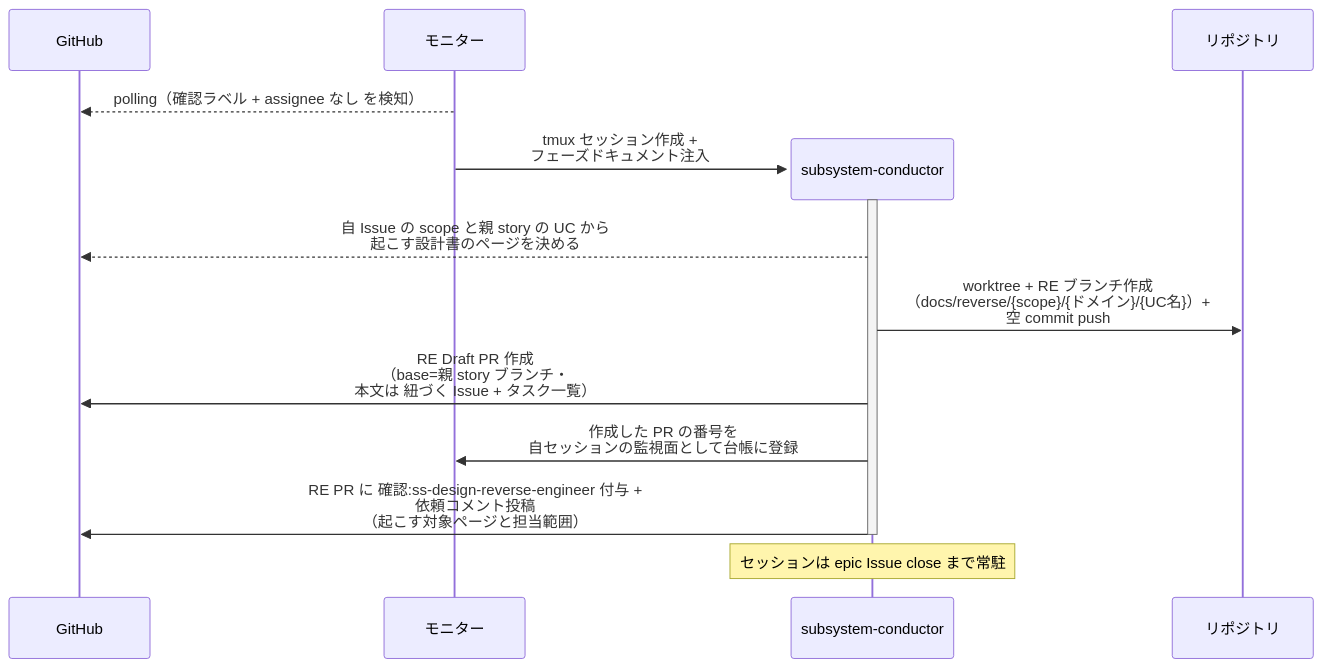
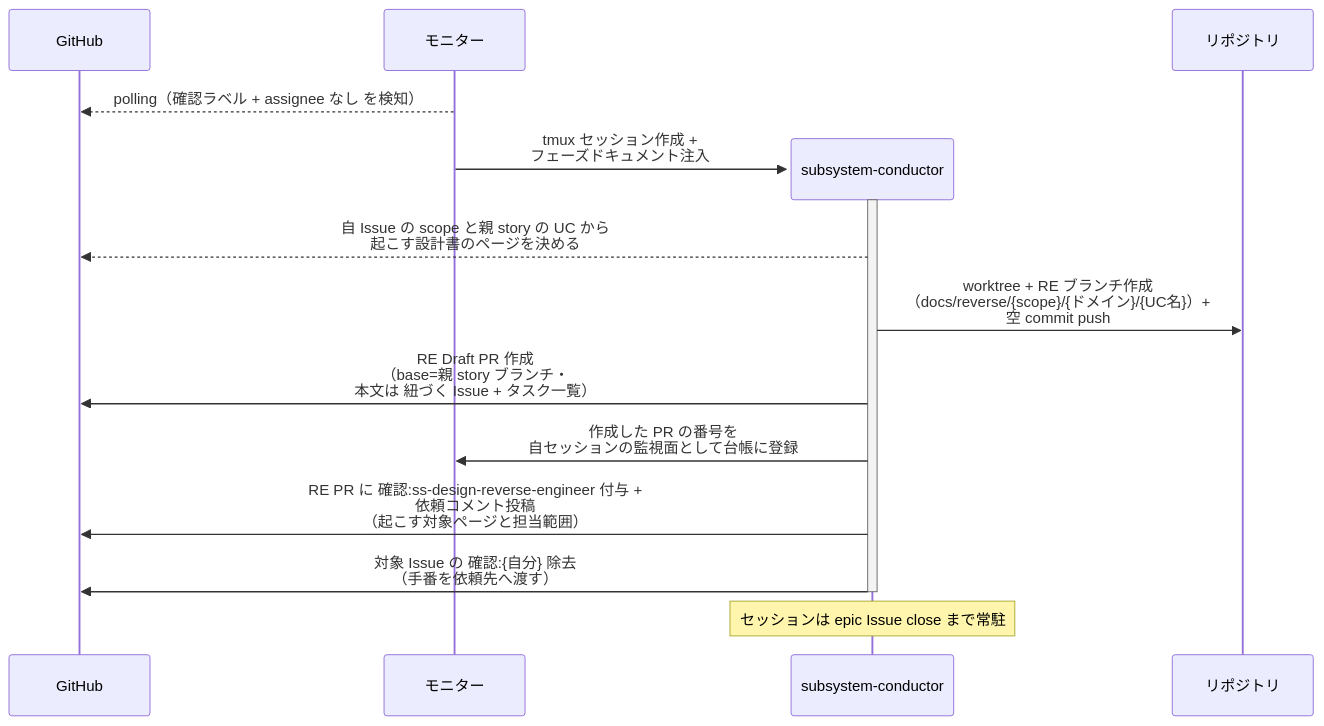
Before and after one commit to shuhei1101/ai-monitor: the first of 3 diagrams in docs/wiki/設計図/シナリオ/単一ユースケース/リバースエンジニアリング起動.md, drawn with Mermaid. The commit also changed other lines of this file and 77 other files, not shown here.

````diff
--- a/docs/wiki/設計図/シナリオ/単一ユースケース/リバースエンジニアリング起動.md
+++ b/docs/wiki/設計図/シナリオ/単一ユースケース/リバースエンジニアリング起動.md
@@ -38,18 +38,19 @@
 ```mermaid
 sequenceDiagram
   participant GH as GitHub
   participant ORC as モニター
 
   ORC-->>GH: polling（確認ラベル + assignee なし を検知）
   create participant MON as subsystem-conductor
   ORC->>MON: tmux セッション作成 +<br>フェーズドキュメント注入
   activate MON
   participant REPO as リポジトリ
   MON-->>GH: 自 Issue の scope と親 story の UC から<br>起こす設計書のページを決める
   MON->>REPO: worktree + RE ブランチ作成<br>（docs/reverse/{scope}/{ドメイン}/{UC名}）+<br>空 commit push
   MON->>GH: RE Draft PR 作成<br>（base=親 story ブランチ・<br>本文は 紐づく Issue + タスク一覧）
   MON->>ORC: 作成した PR の番号を<br>自セッションの監視面として台帳に登録
   MON->>GH: RE PR に 確認:ss-design-reverse-engineer 付与 +<br>依頼コメント投稿<br>（起こす対象ページと担当範囲）
+  MON->>GH: 対象 Issue の 確認:{自分} 除去<br>（手番を依頼先へ渡す）
   deactivate MON
   Note over MON: セッションは epic Issue close まで常駐
 ```
````
